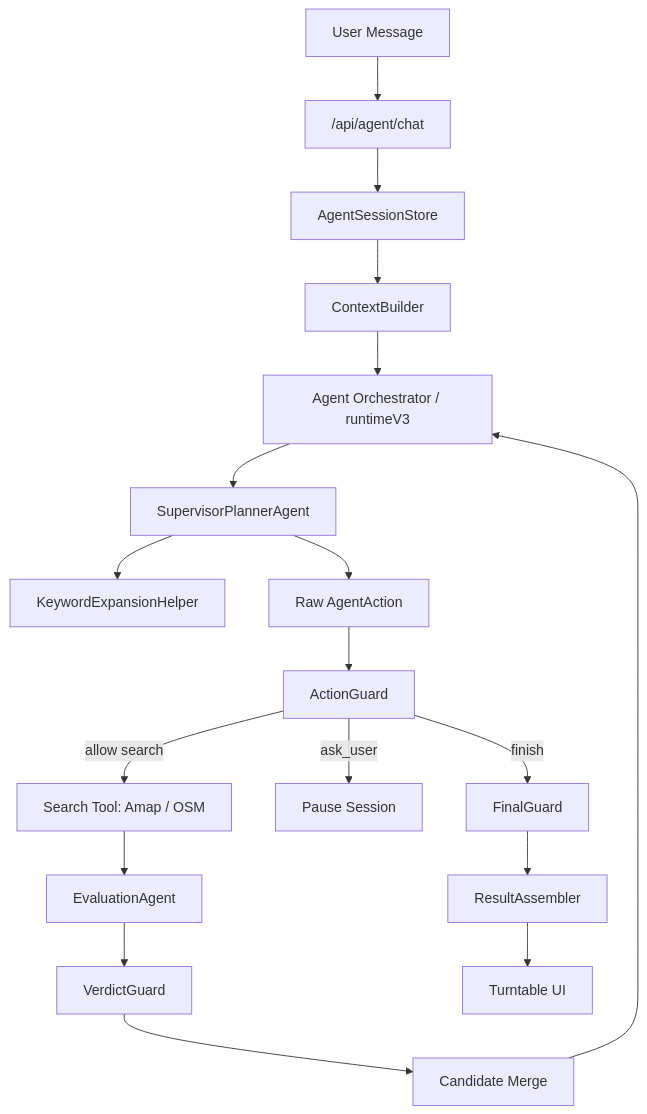
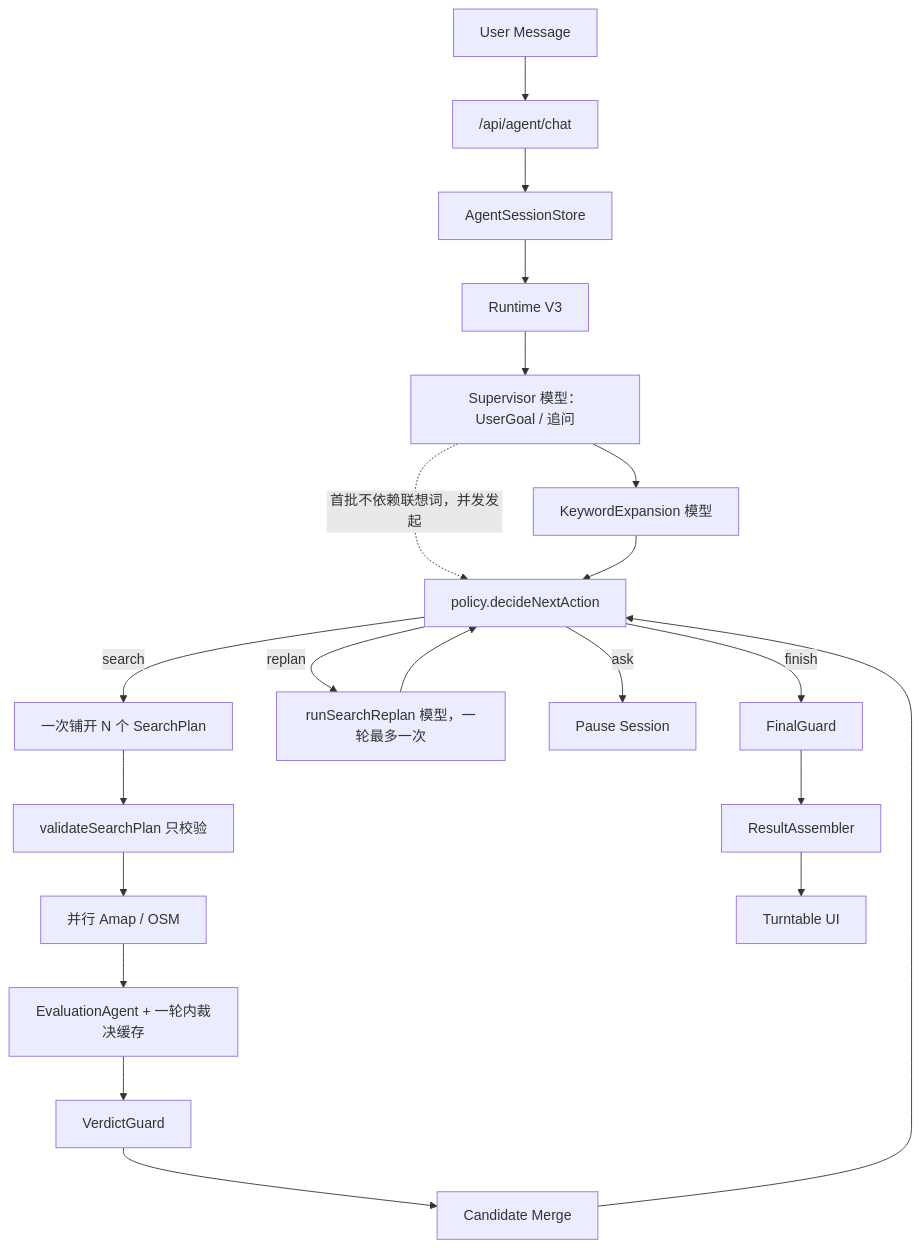
Before and after one commit to leftzzzz/chisha: the diagram in README.md, drawn with Mermaid. The commit also changed other lines of this file and 13 other files, not shown here.

````diff
--- a/README.md
+++ b/README.md
@@ -112,23 +124,27 @@
 ```mermaid
 graph TB
     U["User Message"] --> API["/api/agent/chat"]
     API --> STORE["AgentSessionStore"]
-    STORE --> CTX["ContextBuilder"]
-    CTX --> ORCH["Agent Orchestrator / runtimeV3"]
+    STORE --> ORCH["Runtime V3"]
 
-    ORCH --> SUP["SupervisorPlannerAgent"]
-    SUP --> KW["KeywordExpansionHelper"]
-    SUP --> RAW["Raw AgentAction"]
-    RAW --> GUARD["ActionGuard"]
+    ORCH --> SUP["Supervisor 模型：UserGoal / 追问"]
+    SUP --> KW["KeywordExpansion 模型"]
+    SUP -. "首批不依赖联想词，并发发起" .-> POLICY
 
-    GUARD -- "allow search" --> TOOL["Search Tool: Amap / OSM"]
-    TOOL --> EVA["EvaluationAgent"]
+    KW --> POLICY["policy.decideNextAction"]
+
+    POLICY -- "search" --> BATCH["一次铺开 N 个 SearchPlan"]
+    BATCH --> VALID["validateSearchPlan 只校验"]
+    VALID --> TOOL["并行 Amap / OSM"]
+    TOOL --> EVA["EvaluationAgent + 一轮内裁决缓存"]
     EVA --> VG["VerdictGuard"]
     VG --> MERGE["Candidate Merge"]
-    MERGE --> ORCH
+    MERGE --> POLICY
 
-    GUARD -- "ask_user" --> PAUSE["Pause Session"]
-    GUARD -- "finish" --> FG["FinalGuard"]
+    POLICY -- "replan" --> RP["runSearchReplan 模型，一轮最多一次"]
+    RP --> POLICY
+    POLICY -- "ask" --> PAUSE["Pause Session"]
+    POLICY -- "finish" --> FG["FinalGuard"]
     FG --> ASM["ResultAssembler"]
     ASM --> UI["Turntable UI"]
 ```
````
